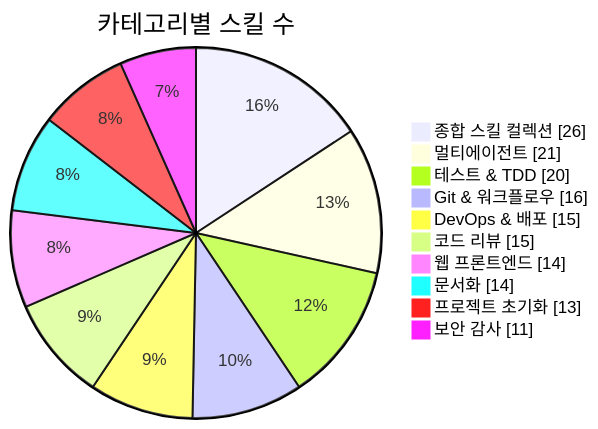
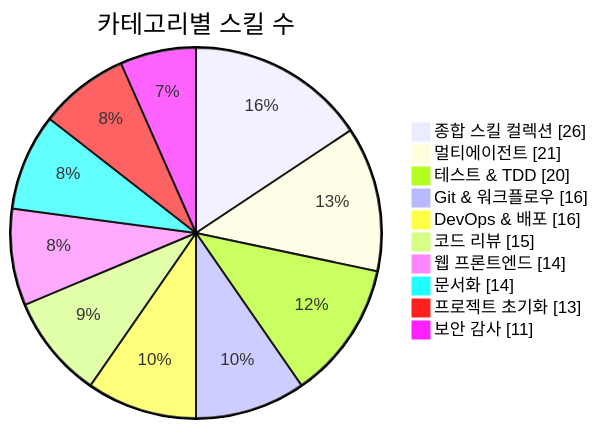
One commit to J-nowcow/awesome-korean-agent-skills changed the first of 3 diagrams in README.md. Above: the diagram before and after it, drawn with Mermaid. The commit also changed other lines of this file and 5 other files, not shown here.

````diff
--- a/README.md
+++ b/README.md
@@ -176,14 +176,14 @@
 ```mermaid
 pie showData
     title 카테고리별 스킬 수
     "종합 스킬 컬렉션" : 26
     "멀티에이전트" : 21
     "테스트 & TDD" : 20
     "Git & 워크플로우" : 16
-    "DevOps & 배포" : 15
+    "DevOps & 배포" : 16
     "코드 리뷰" : 15
     "웹 프론트엔드" : 14
     "문서화" : 14
     "프로젝트 초기화" : 13
     "보안 감사" : 11
 ```
````
